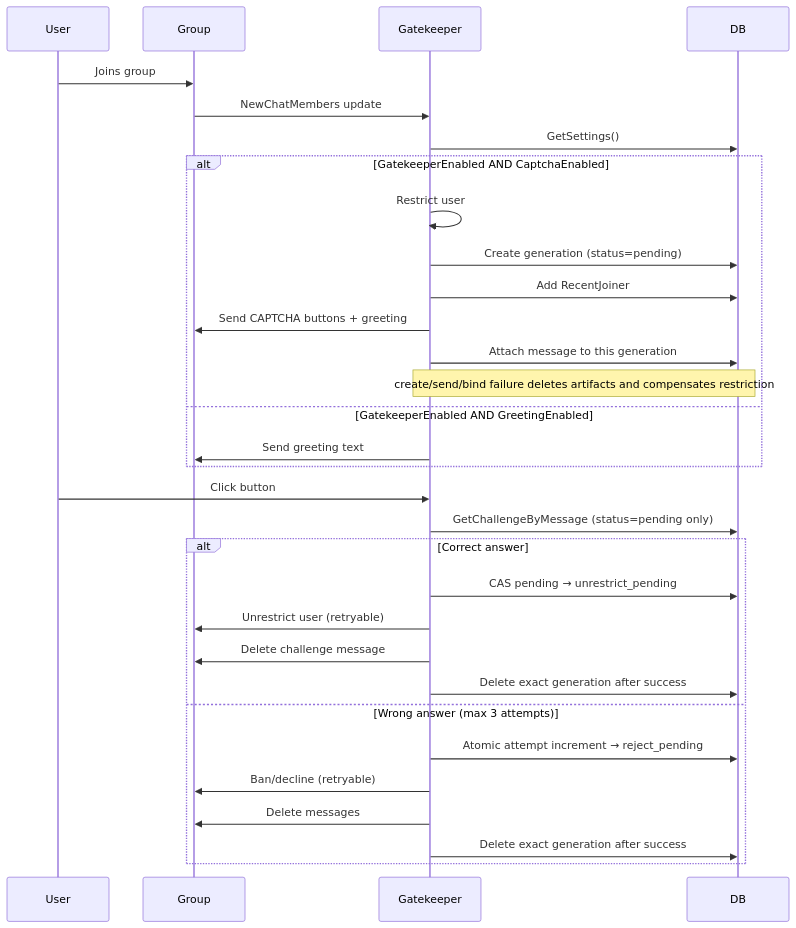
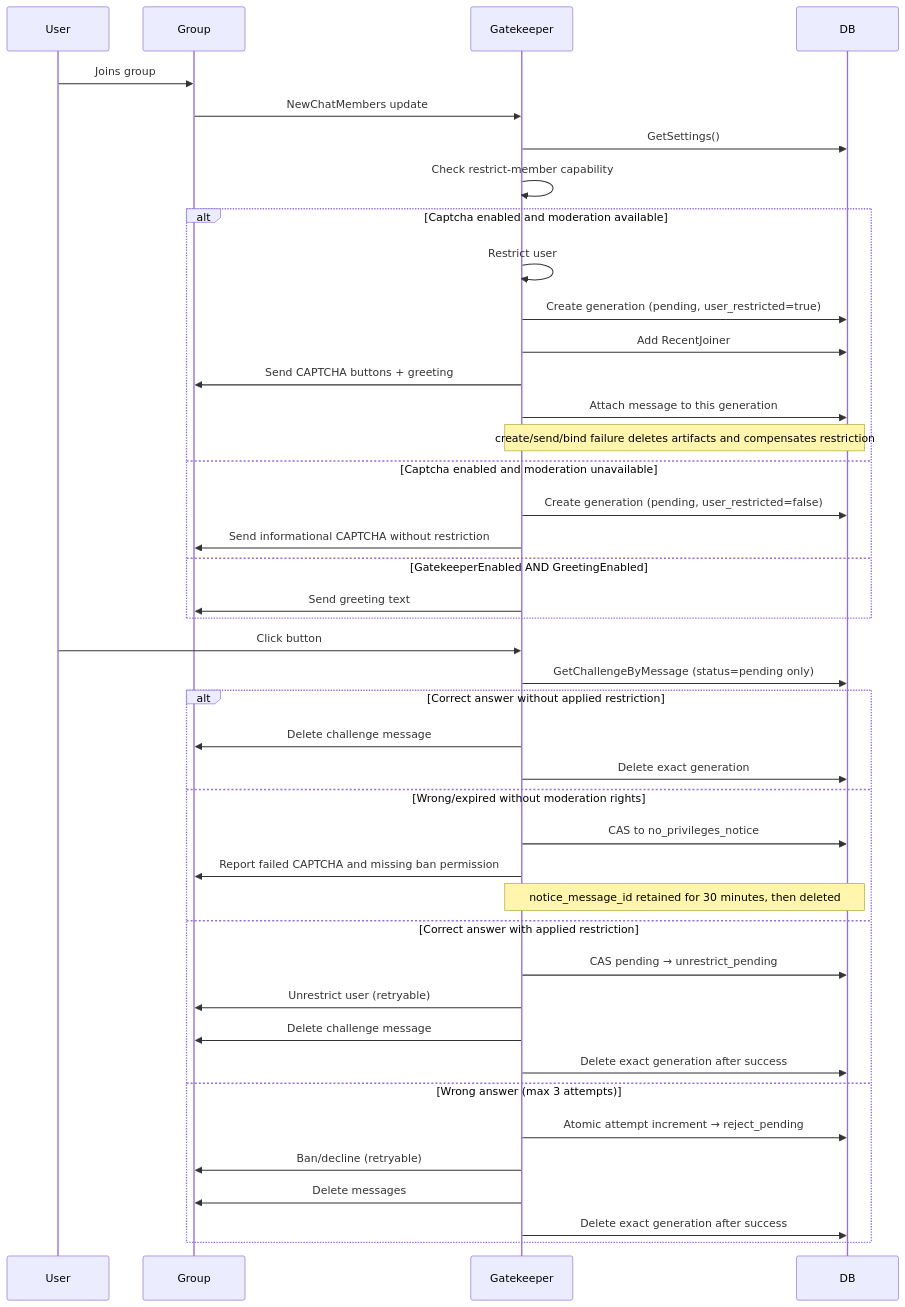
One commit to iamwavecut/ngbot changed the seventh of 11 diagrams in docs/CODEBASE_MAP.md. Above: the diagram before and after it, drawn with Mermaid. The commit also changed other lines of this file and 29 other files, not shown here.

Commit message:
Handle moderation without Telegram privileges

````diff
--- a/docs/CODEBASE_MAP.md
+++ b/docs/CODEBASE_MAP.md
@@ -881,37 +893,48 @@
 ```mermaid
 sequenceDiagram
     participant User
     participant Group
     participant Gatekeeper
     participant DB
 
     User->>Group: Joins group
     Group->>Gatekeeper: NewChatMembers update
     Gatekeeper->>DB: GetSettings()
+    Gatekeeper->>Gatekeeper: Check restrict-member capability
 
-    alt GatekeeperEnabled AND CaptchaEnabled
+    alt Captcha enabled and moderation available
         Gatekeeper->>Gatekeeper: Restrict user
-        Gatekeeper->>DB: Create generation (status=pending)
+        Gatekeeper->>DB: Create generation (pending, user_restricted=true)
         Gatekeeper->>DB: Add RecentJoiner
         Gatekeeper->>Group: Send CAPTCHA buttons + greeting
         Gatekeeper->>DB: Attach message to this generation
         Note over Gatekeeper,DB: create/send/bind failure deletes artifacts and compensates restriction
+    else Captcha enabled and moderation unavailable
+        Gatekeeper->>DB: Create generation (pending, user_restricted=false)
+        Gatekeeper->>Group: Send informational CAPTCHA without restriction
     else GatekeeperEnabled AND GreetingEnabled
         Gatekeeper->>Group: Send greeting text
     end
 
     User->>Gatekeeper: Click button
     Gatekeeper->>DB: GetChallengeByMessage (status=pending only)
 
-    alt Correct answer
+    alt Correct answer without applied restriction
+        Gatekeeper->>Group: Delete challenge message
+        Gatekeeper->>DB: Delete exact generation
+    else Wrong/expired without moderation rights
+        Gatekeeper->>DB: CAS to no_privileges_notice
+        Gatekeeper->>Group: Report failed CAPTCHA and missing ban permission
+        Note over Gatekeeper,DB: notice_message_id retained for 30 minutes, then deleted
+    else Correct answer with applied restriction
         Gatekeeper->>DB: CAS pending → unrestrict_pending
         Gatekeeper->>Group: Unrestrict user (retryable)
         Gatekeeper->>Group: Delete challenge message
         Gatekeeper->>DB: Delete exact generation after success
     else Wrong answer (max 3 attempts)
         Gatekeeper->>DB: Atomic attempt increment → reject_pending
         Gatekeeper->>Group: Ban/decline (retryable)
         Gatekeeper->>Group: Delete messages
         Gatekeeper->>DB: Delete exact generation after success
     end
 ```
````
